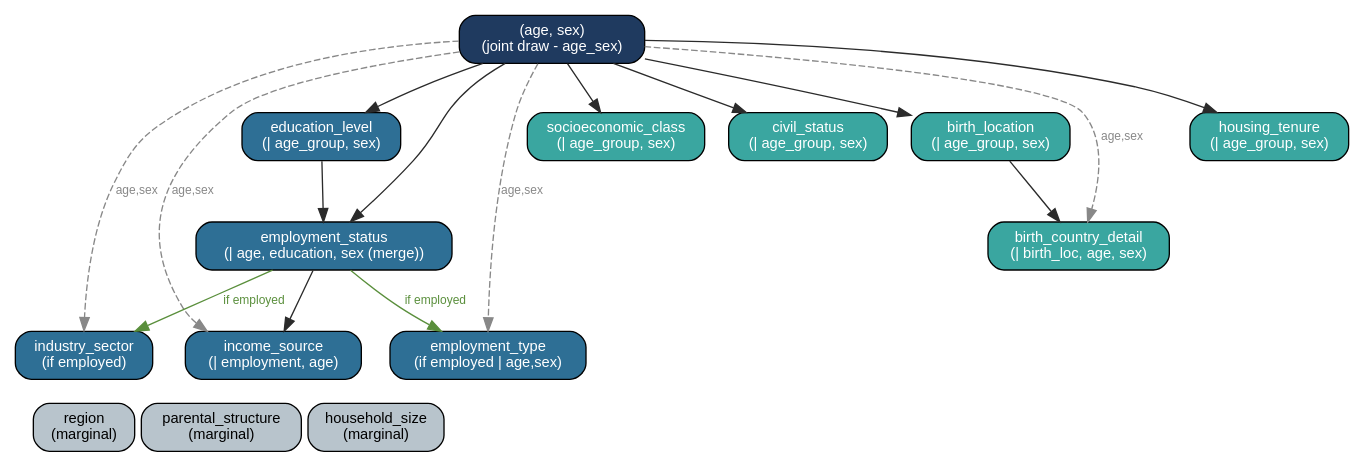
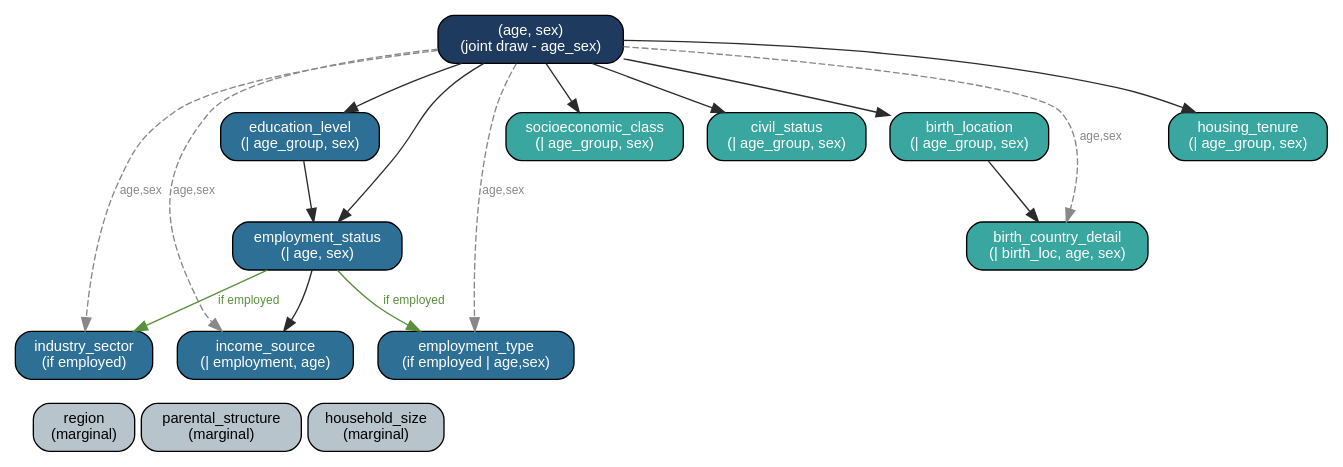
One commit to bas1l/population-synthetic changed the diagram in docs/architecture/diagrams/real/sweden_generation_dag.dot. Above: the diagram before and after it, drawn with Graphviz. The commit also changed 61 other files, not shown here.

First line of the commit message:
docs: remove the explorer, old plans and stale diagrams; record the final audit

```diff
--- a/docs/architecture/diagrams/real/sweden_generation_dag.dot
+++ b/docs/architecture/diagrams/real/sweden_generation_dag.dot
@@ -1,42 +1,42 @@
 // Sweden  -  SCB synthetic population generation
 // src/population_synthetic/generators/real/sweden/  |  SampleService.sample_one  (conditional chained sampling, ~14 draws)
 digraph generation {
   rankdir=TB;
   bgcolor="white";
   node [shape=box, style="rounded,filled", fontname="Helvetica", fontsize=11, margin="0.12,0.07"];
   edge [fontname="Helvetica"];
 
   agesex [label="(age, sex)\n(joint draw - age_sex)", fillcolor="#1f3a5f", fontcolor="white"];
   education [label="education_level\n(| age_group, sex)", fillcolor="#2e6f95", fontcolor="white"];
-  employment [label="employment_status\n(| age, education, sex (merge))", fillcolor="#2e6f95", fontcolor="white"];
+  employment [label="employment_status\n(| age, sex)", fillcolor="#2e6f95", fontcolor="white"];
   industry [label="industry_sector\n(if employed)", fillcolor="#2e6f95", fontcolor="white"];
   emptype [label="employment_type\n(if employed | age,sex)", fillcolor="#2e6f95", fontcolor="white"];
   income_source [label="income_source\n(| employment, age)", fillcolor="#2e6f95", fontcolor="white"];
   socio [label="socioeconomic_class\n(| age_group, sex)", fillcolor="#3aa6a0", fontcolor="white"];
   civil [label="civil_status\n(| age_group, sex)", fillcolor="#3aa6a0", fontcolor="white"];
   birthloc [label="birth_location\n(| age_group, sex)", fillcolor="#3aa6a0", fontcolor="white"];
   birthdetail [label="birth_country_detail\n(| birth_loc, age, sex)", fillcolor="#3aa6a0", fontcolor="white"];
   housing_tenure [label="housing_tenure\n(| age_group, sex)", fillcolor="#3aa6a0", fontcolor="white"];
   region [label="region\n(marginal)", fillcolor="#b8c4cc", fontcolor="black"];
   parental_structure [label="parental_structure\n(marginal)", fillcolor="#b8c4cc", fontcolor="black"];
   household_size [label="household_size\n(marginal)", fillcolor="#b8c4cc", fontcolor="black"];
 
   agesex -> education [color="#2b2b2b"];
   education -> employment [color="#2b2b2b"];
   employment -> industry [color="#5a8f3c", label="if employed", fontsize=9, fontcolor="#5a8f3c"];
   employment -> emptype [color="#5a8f3c", label="if employed", fontsize=9, fontcolor="#5a8f3c"];
   employment -> income_source [color="#2b2b2b"];
   agesex -> emptype [color="#888888", style=dashed, label="age,sex", fontsize=9, fontcolor="#888888"];
   agesex -> income_source [color="#888888", style=dashed, label="age,sex", fontsize=9, fontcolor="#888888"];
   agesex -> socio [color="#2b2b2b"];
   agesex -> civil [color="#2b2b2b"];
   agesex -> birthdetail [color="#888888", style=dashed, label="age,sex", fontsize=9, fontcolor="#888888"];
   birthloc -> birthdetail [color="#2b2b2b"];
   agesex -> employment [color="#2b2b2b"];
   agesex -> industry [color="#888888", style=dashed, label="age,sex", fontsize=9, fontcolor="#888888"];
   agesex -> birthloc [color="#2b2b2b"];
   agesex -> housing_tenure [color="#2b2b2b"];
 
   // independent marginals (no parents)
   { rank=sink; region parental_structure household_size }
 }
```
